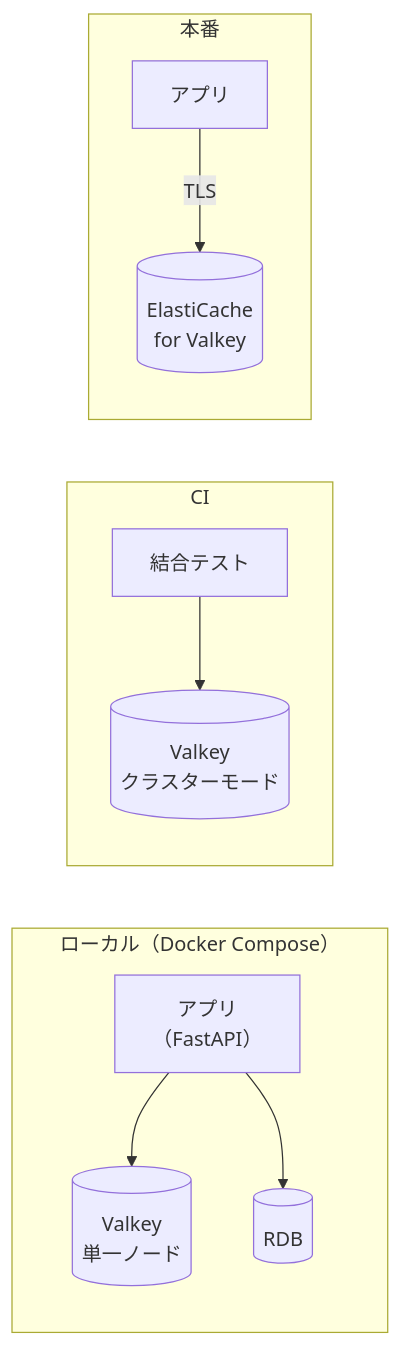
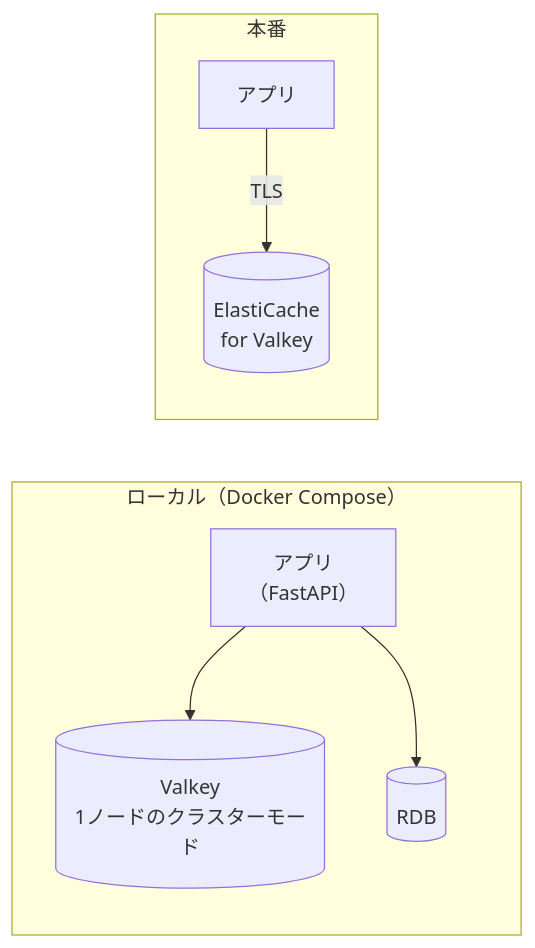
Before and after one commit to AtsushiNi/valkey-docs: the diagram in docs/10-local-and-testing.md, drawn with Mermaid. The commit also changed other lines of this file and 5 other files, not shown here.

````diff
--- a/docs/10-local-and-testing.md
+++ b/docs/10-local-and-testing.md
@@ -14,13 +14,10 @@
 ```mermaid
 flowchart LR
     subgraph Local["ローカル（Docker Compose）"]
-        App["アプリ<br/>（FastAPI）"] --> V1[("Valkey<br/>単一ノード")]
+        App["アプリ<br/>（FastAPI）"] --> V1[("Valkey<br/>1ノードのクラスターモード")]
         App --> DB[("RDB")]
-    end
-    subgraph CI["CI"]
-        T["結合テスト"] --> VC[("Valkey<br/>クラスターモード")]
     end
     subgraph Prod["本番"]
         App2["アプリ"] -- "TLS" --> EC[("ElastiCache<br/>for Valkey")]
     end
 ```
````
